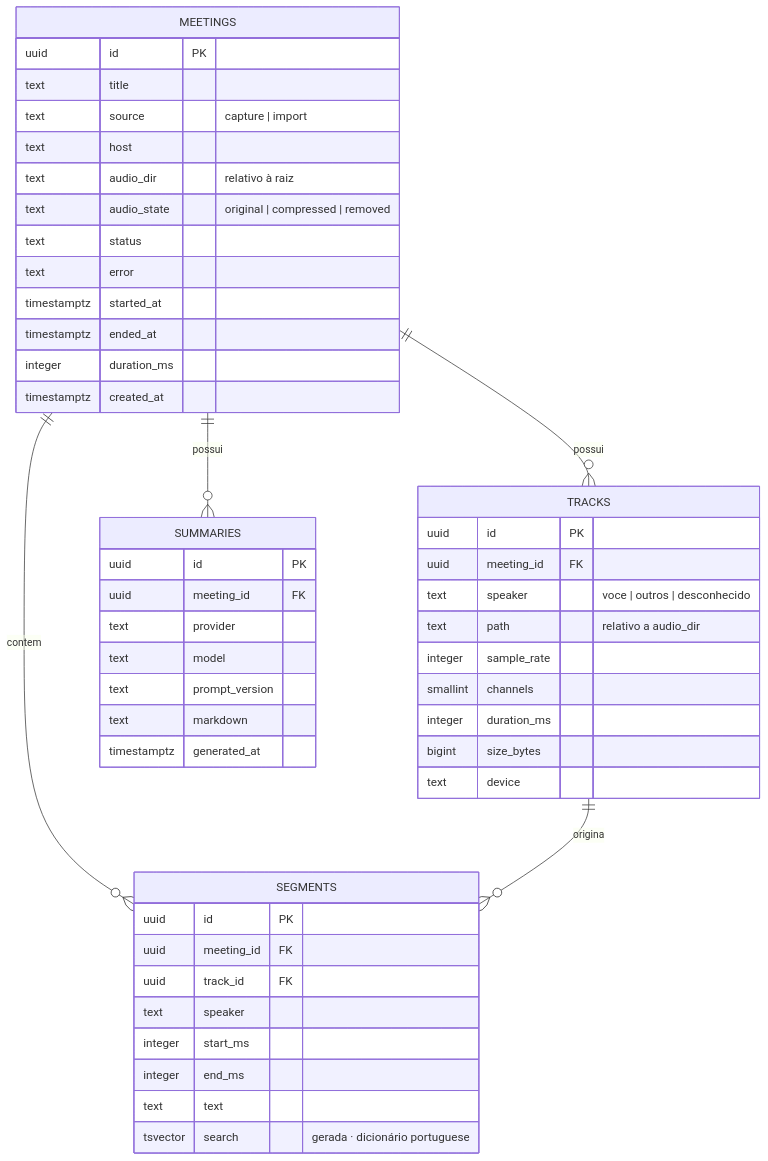
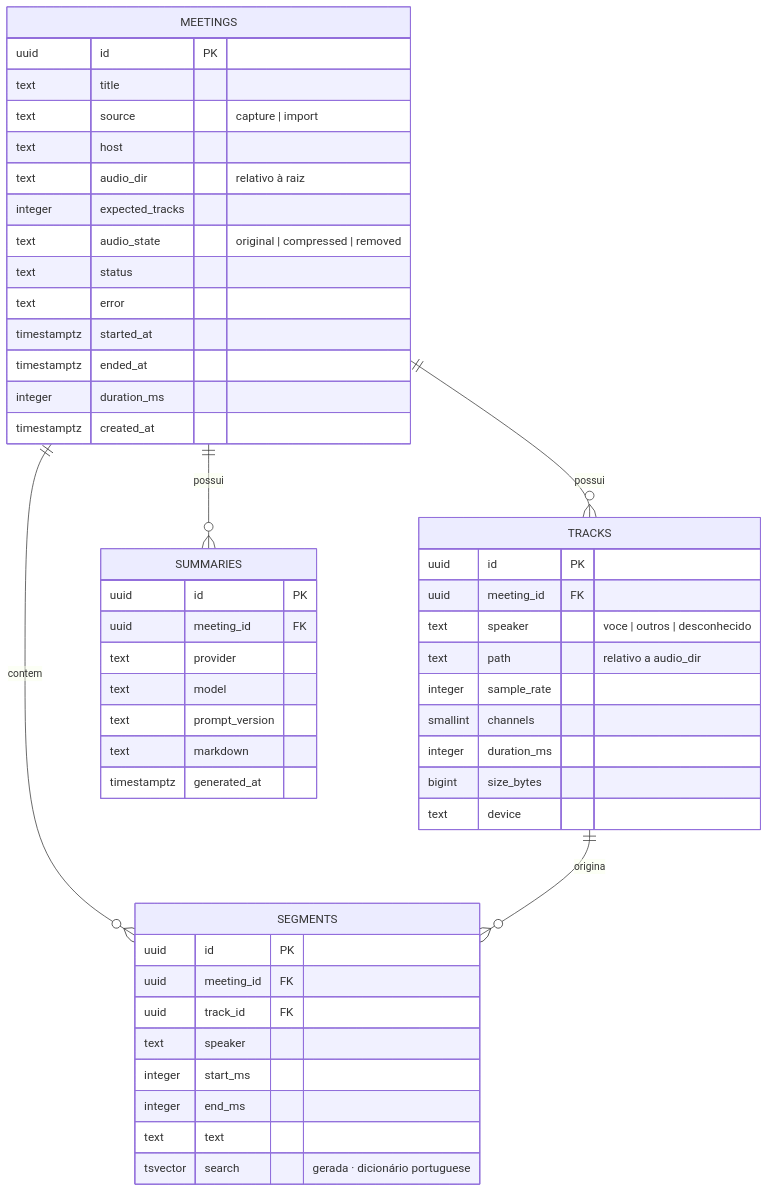
One commit to daniloladeira/cronista changed the third of 3 diagrams in docs/08-modelo-de-dados.md. Above: the diagram before and after it, drawn with Mermaid. The commit also changed other lines of this file and 12 other files, not shown here.

First line of the commit message:
Fase 2, etapa 4: registro local de reunioes, trilhas e expected_tracks

````diff
--- a/docs/08-modelo-de-dados.md
+++ b/docs/08-modelo-de-dados.md
@@ -241,52 +244,53 @@
 ```mermaid
 erDiagram
     MEETINGS ||--o{ TRACKS : possui
     MEETINGS ||--o{ SEGMENTS : contem
     MEETINGS ||--o{ SUMMARIES : possui
     TRACKS   ||--o{ SEGMENTS : origina
 
     MEETINGS {
         uuid        id PK
         text        title
         text        source "capture | import"
         text        host
         text        audio_dir "relativo à raiz"
+        integer     expected_tracks
         text        audio_state "original | compressed | removed"
         text        status
         text        error
         timestamptz started_at
         timestamptz ended_at
         integer     duration_ms
         timestamptz created_at
     }
     TRACKS {
         uuid     id PK
         uuid     meeting_id FK
         text     speaker "voce | outros | desconhecido"
         text     path "relativo a audio_dir"
         integer  sample_rate
         smallint channels
         integer  duration_ms
         bigint   size_bytes
         text     device
     }
     SEGMENTS {
         uuid     id PK
         uuid     meeting_id FK
         uuid     track_id FK
         text     speaker
         integer  start_ms
         integer  end_ms
         text     text
         tsvector search "gerada · dicionário portuguese"
     }
     SUMMARIES {
         uuid        id PK
         uuid        meeting_id FK
         text        provider
         text        model
         text        prompt_version
         text        markdown
         timestamptz generated_at
     }
 ```
````
